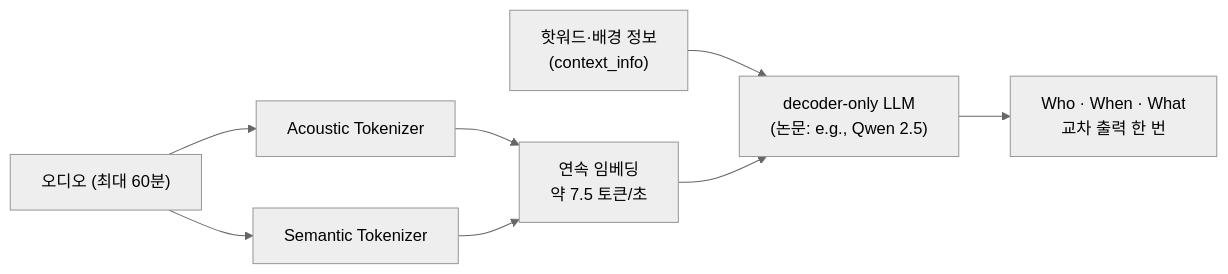
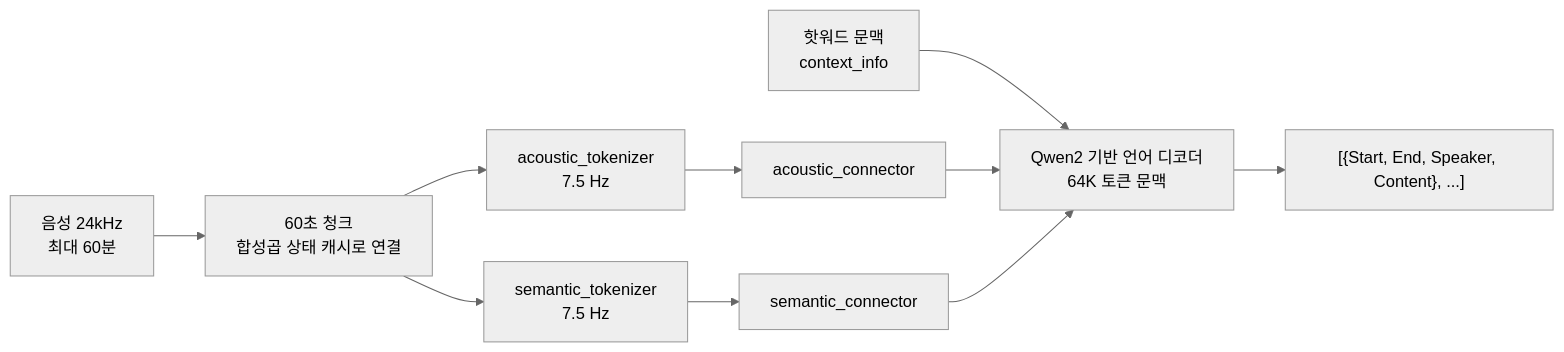
One commit to 3kmyung/ai-tools-yaml-for-everything changed the diagram in releases/speaker-diarization-vibevoice/report.md. Above: the diagram before and after it, drawn with Mermaid (neutral theme). The commit also changed other lines of this file and 4 other files, not shown here.

````diff
--- a/releases/speaker-diarization-vibevoice/report.md
+++ b/releases/speaker-diarization-vibevoice/report.md
@@ -13,10 +16,12 @@
 ```mermaid
 flowchart LR
-  audio["오디오 (최대 60분)"] --> acoustic["Acoustic Tokenizer"]
-  audio --> semantic["Semantic Tokenizer"]
-  acoustic --> embeddings["연속 임베딩<br/>약 7.5 토큰/초"]
-  semantic --> embeddings
-  prompt["핫워드·배경 정보<br/>(context_info)"] --> llm
-  embeddings --> llm["decoder-only LLM<br/>(논문: e.g., Qwen 2.5)"]
-  llm --> output["Who · When · What<br/>교차 출력 한 번"]
+    audio["음성 24kHz<br/>최대 60분"] --> chunks["60초 청크<br/>합성곱 상태 캐시로 연결"]
+    chunks --> acoustic["acoustic_tokenizer<br/>7.5 Hz"]
+    chunks --> semantic["semantic_tokenizer<br/>7.5 Hz"]
+    acoustic --> acousticConnector["acoustic_connector"]
+    semantic --> semanticConnector["semantic_connector"]
+    context["핫워드 문맥<br/>context_info"] --> decoder
+    acousticConnector --> decoder["Qwen2 기반 언어 디코더<br/>64K 토큰 문맥"]
+    semanticConnector --> decoder
+    decoder --> output["[{Start, End, Speaker, Content}, ...]"]
 ```
````
